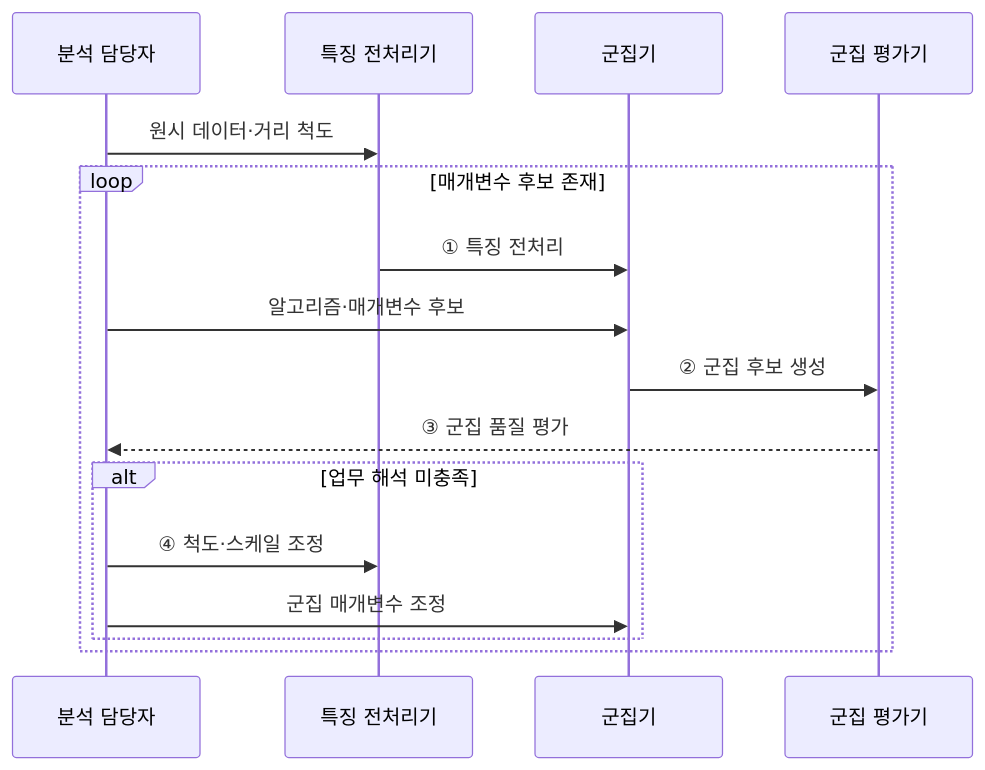
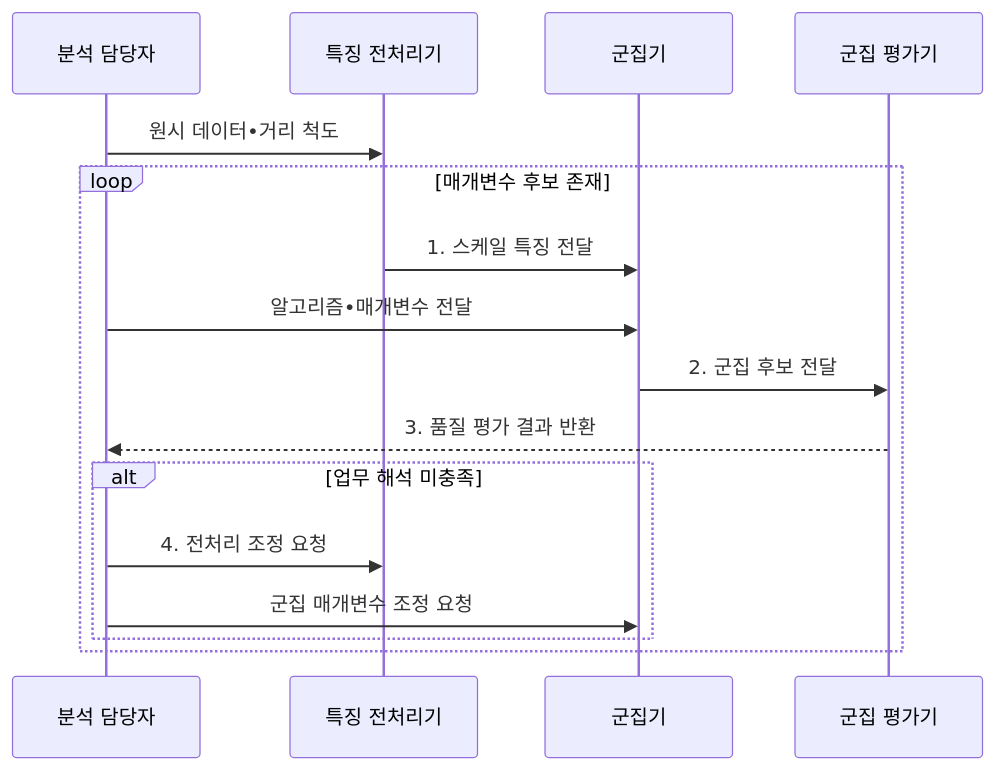
The second of 3 diagrams in src/content/docs/notes/01-basic-theory/035_clustering.md (agnusdei1207/knowledge-base), drawn with Mermaid before and after one commit. The commit also changed other lines of this file and 20 other files, not shown here.

````diff
--- a/src/content/docs/notes/01-basic-theory/035_clustering.md
+++ b/src/content/docs/notes/01-basic-theory/035_clustering.md
@@ -88,18 +86,18 @@
 ```mermaid
 sequenceDiagram
     participant A as 분석 담당자
     participant P as 특징 전처리기
     participant C as 군집기
     participant E as 군집 평가기
-    A->>P: 원시 데이터·거리 척도
+    A->>P: 원시 데이터•거리 척도
     loop 매개변수 후보 존재
-        P->>C: ① 특징 전처리
-        A->>C: 알고리즘·매개변수 후보
-        C->>E: ② 군집 후보 생성
-        E-->>A: ③ 군집 품질 평가
+        P->>C: 1. 스케일 특징 전달
+        A->>C: 알고리즘•매개변수 전달
+        C->>E: 2. 군집 후보 전달
+        E-->>A: 3. 품질 평가 결과 반환
         alt 업무 해석 미충족
-            A->>P: ④ 척도·스케일 조정
-            A->>C: 군집 매개변수 조정
+            A->>P: 4. 전처리 조정 요청
+            A->>C: 군집 매개변수 조정 요청
         end
     end
 ```
````
